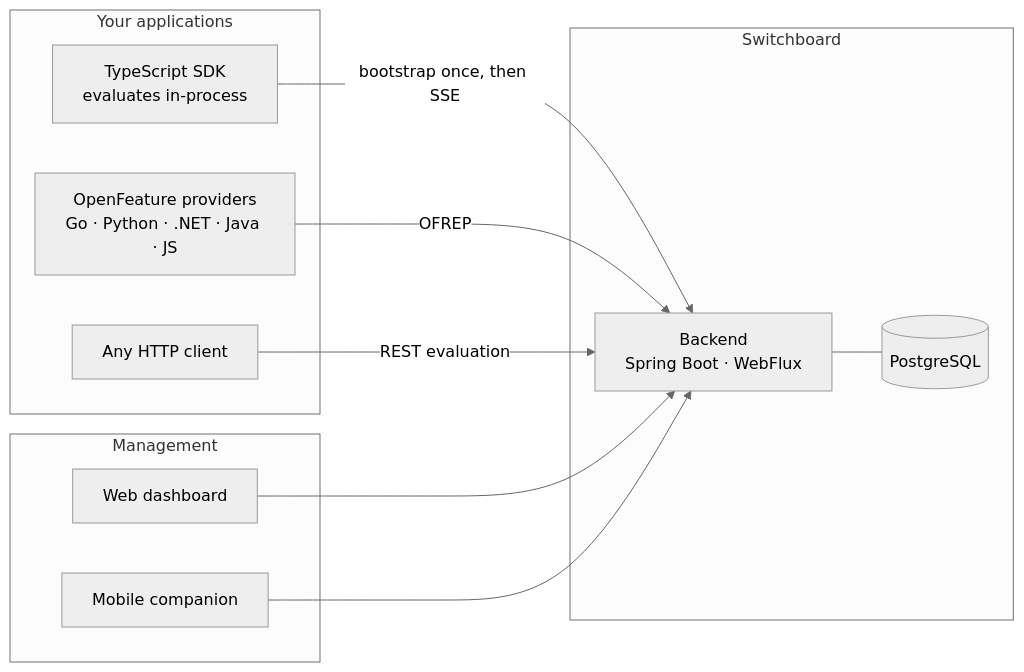
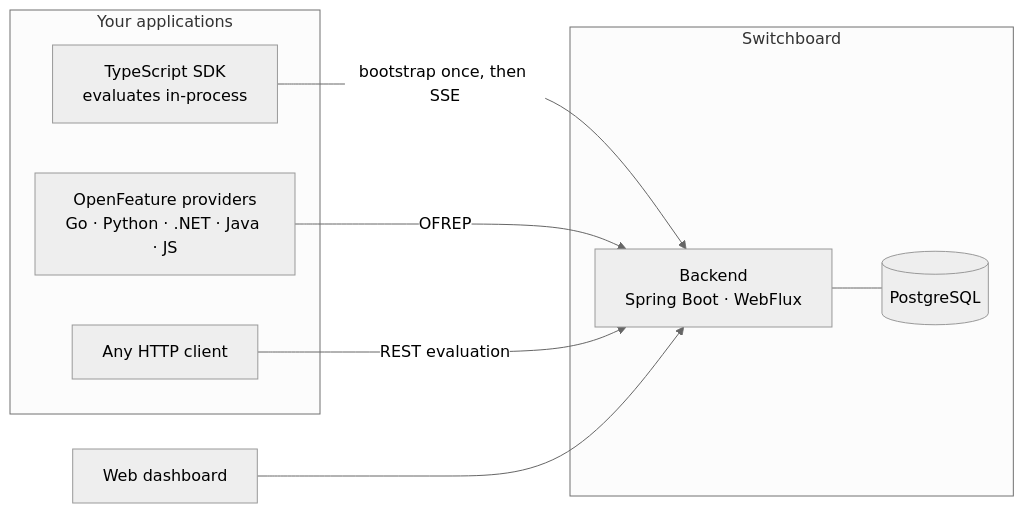
Before and after one commit to bryjshed/switchboard: the diagram in README.md, drawn with Mermaid (neutral theme). The commit also changed other lines of this file and 333 other files, not shown here.

````diff
--- a/README.md
+++ b/README.md
@@ -13,25 +13,21 @@
 ```mermaid
 flowchart LR
     subgraph apps["Your applications"]
         sdk["TypeScript SDK<br/>evaluates in-process"]
         ofrep["OpenFeature providers<br/>Go · Python · .NET · Java · JS"]
         http["Any HTTP client"]
     end
 
     subgraph sb["Switchboard"]
         be["Backend<br/>Spring Boot · WebFlux"]
         db[("PostgreSQL")]
     end
 
-    subgraph mgmt["Management"]
-        dash["Web dashboard"]
-        mob["Mobile companion"]
-    end
+    dash["Web dashboard"]
 
     sdk -->|"bootstrap once, then SSE"| be
     ofrep -->|"OFREP"| be
     http -->|"REST evaluation"| be
     dash --> be
-    mob --> be
     be --- db
 ```
````
